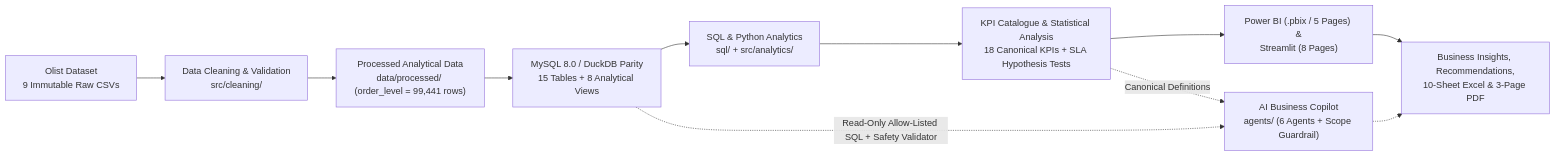
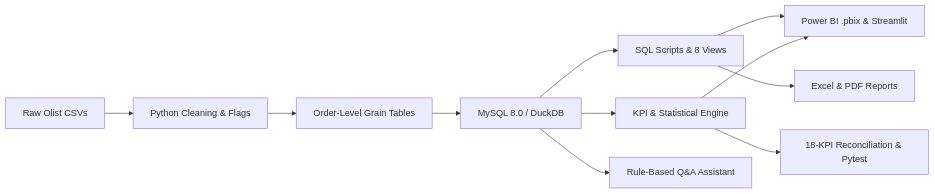
The diagram in README.md (ANUSHKA13102003/ecommerce-revenue-retention-intelligence), drawn with Mermaid before and after one commit. The commit also changed other lines of this file and 2 other files, not shown here.

````diff
--- a/README.md
+++ b/README.md
@@ -71,14 +82,13 @@
 ```mermaid
 flowchart LR
-    RAW["Olist Dataset<br/>9 Immutable Raw CSVs"] --> CLEAN["Data Cleaning & Validation<br/>src/cleaning/"]
-    CLEAN --> PROC["Processed Analytical Data<br/>data/processed/ (order_level = 99,441 rows)"]
-    PROC --> DB["MySQL 8.0 / DuckDB Parity<br/>15 Tables + 8 Analytical Views"]
-    DB --> ANALYTICS["SQL & Python Analytics<br/>sql/ + src/analytics/"]
-    ANALYTICS --> STATS["KPI Catalogue & Statistical Analysis<br/>18 Canonical KPIs + SLA Hypothesis Tests"]
-    STATS --> BI["Power BI (.pbix / 5 Pages) &<br/>Streamlit (8 Pages)"]
-    BI --> INSIGHTS["Business Insights, Recommendations,<br/>10-Sheet Excel & 3-Page PDF"]
-
-    DB -.->|"Read-Only Allow-Listed SQL + Safety Validator"| COPILOT["AI Business Copilot<br/>agents/ (6 Agents + Scope Guardrail)"]
-    STATS -.->|"Canonical Definitions"| COPILOT
-    COPILOT -.-> INSIGHTS
+    A["Raw Olist CSVs"] --> B["Python Cleaning & Flags"]
+    B --> C["Order-Level Grain Tables"]
+    C --> D["MySQL 8.0 / DuckDB"]
+    D --> E["SQL Scripts & 8 Views"]
+    D --> F["KPI & Statistical Engine"]
+    E --> G["Power BI .pbix & Streamlit"]
+    F --> G
+    D --> H["Rule-Based Q&A Assistant"]
+    E --> I["Excel & PDF Reports"]
+    F --> J["18-KPI Reconciliation & Pytest"]
 ```
````
